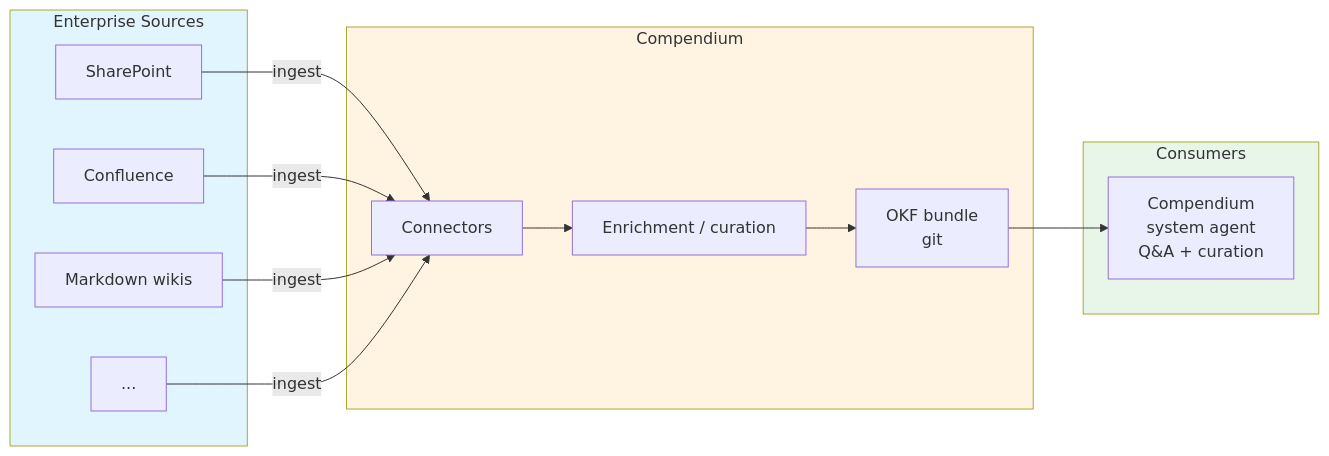
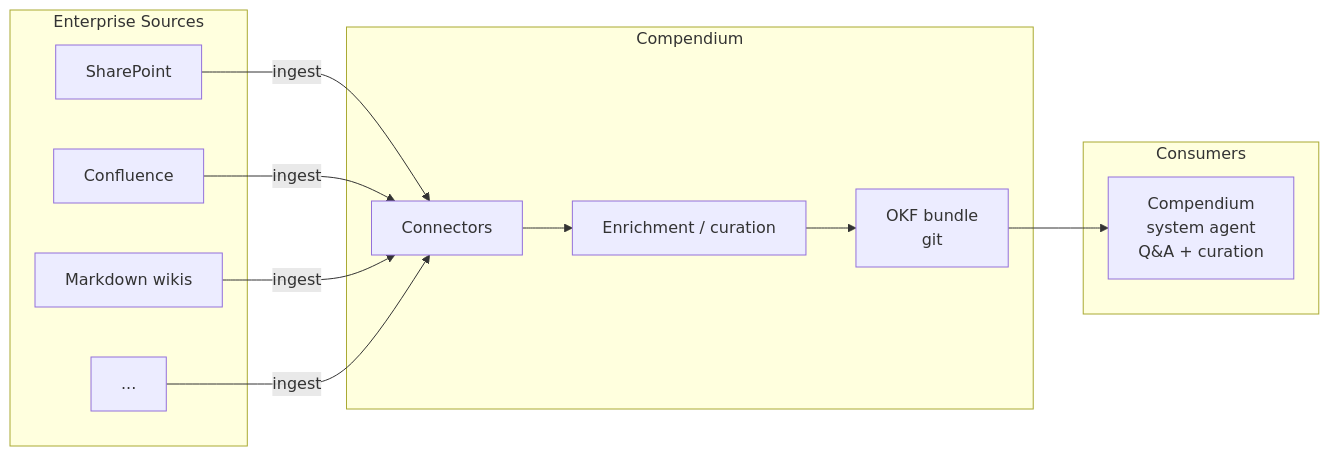
Before and after one commit to fuseraft/compendium: the diagram in README.md, drawn with Mermaid. The commit also changed 1 other file, not shown here.

Commit message:
Fix mermaid diagrams for GitHub compatibility
Remove style directives that break GitHub's native mermaid renderer.
The diagrams now render correctly on both GitHub and MkDocs.

````diff
--- a/README.md
+++ b/README.md
@@ -38,32 +38,28 @@
 ```mermaid
 graph LR
     subgraph Sources["Enterprise Sources"]
         SP[SharePoint]
         CF[Confluence]
         MW[Markdown wikis]
         OT[...]
     end
     
     subgraph Compendium["Compendium"]
         CN[Connectors]
         EC[Enrichment / curation]
         BN[OKF bundle<br/>git]
     end
     
     subgraph Consumers["Consumers"]
         AG[Compendium<br/>system agent<br/>Q&A + curation]
     end
     
     SP -->|ingest| CN
     CF -->|ingest| CN
     MW -->|ingest| CN
     OT -->|ingest| CN
     
     CN --> EC
     EC --> BN
     BN --> AG
-    
-    style Sources fill:#e1f5ff
-    style Compendium fill:#fff4e1
-    style Consumers fill:#e8f5e9
 ```
````
